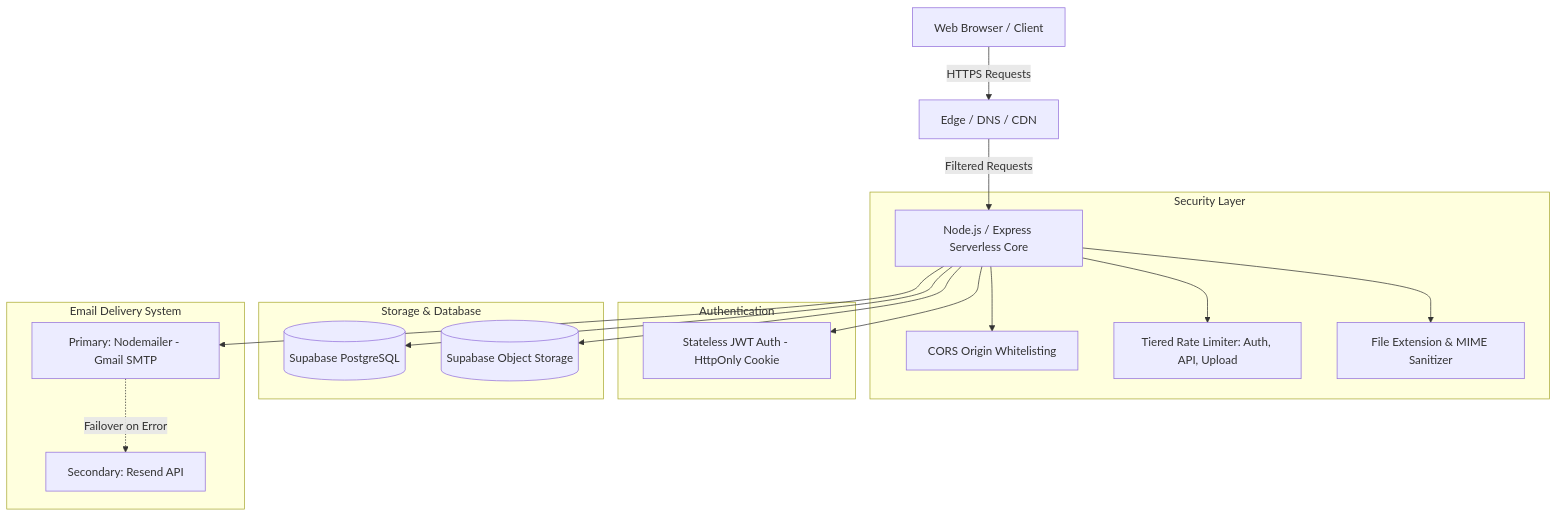
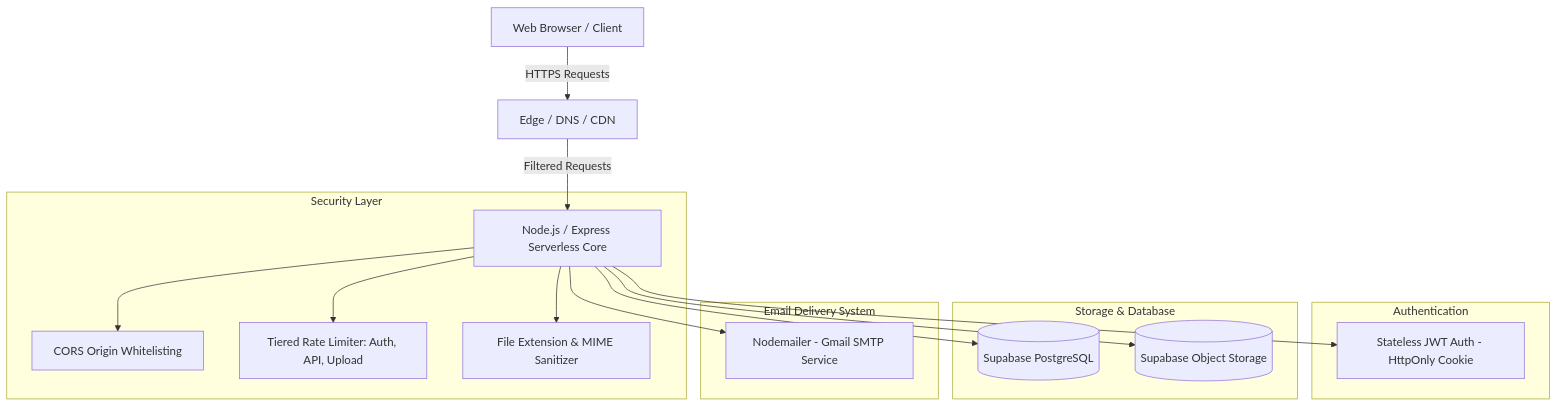
The first of 2 diagrams in PROJECT_PROPOSAL.md (Miraz54/Procket-Drive-V1), drawn with Mermaid before and after one commit. The commit also changed other lines of this file and 8 other files, not shown here.

````diff
--- a/PROJECT_PROPOSAL.md
+++ b/PROJECT_PROPOSAL.md
@@ -17,25 +17,24 @@
 ```mermaid
 graph TD
     Client[Web Browser / Client] -->|HTTPS Requests| Cloudflare[Edge / DNS / CDN]
     Cloudflare -->|Filtered Requests| Server[Node.js / Express Serverless Core]
     
     subgraph Security Layer
         Server --> CORS[CORS Origin Whitelisting]
         Server --> RateLimit[Tiered Rate Limiter: Auth, API, Upload]
         Server --> FileValidator[File Extension & MIME Sanitizer]
     end
 
     subgraph Authentication
         Server --> JWT[Stateless JWT Auth - HttpOnly Cookie]
     end
 
     subgraph Storage & Database
         Server --> SupabaseDB[(Supabase PostgreSQL)]
         Server --> SupabaseStorage[(Supabase Object Storage)]
     end
 
     subgraph Email Delivery System
-        Server --> PrimaryEmail[Primary: Nodemailer - Gmail SMTP]
-        PrimaryEmail -.->|Failover on Error| FallbackEmail[Secondary: Resend API]
+        Server --> EmailService[Nodemailer - Gmail SMTP Service]
     end
 ```
````
